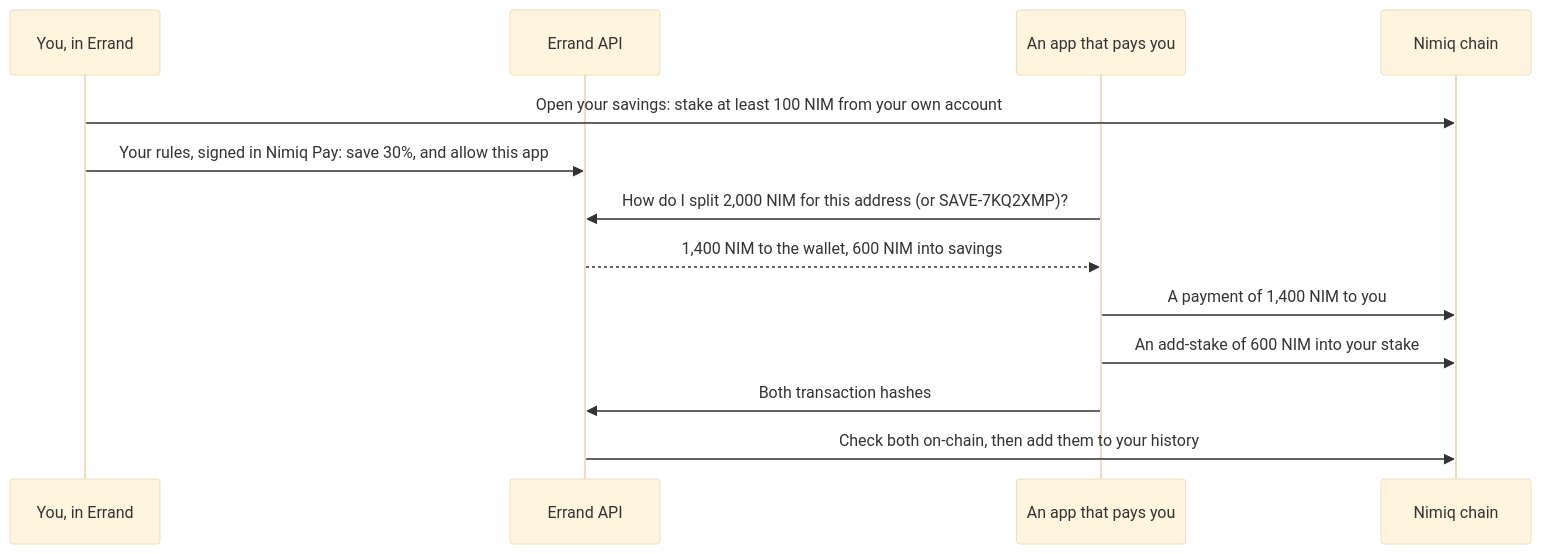
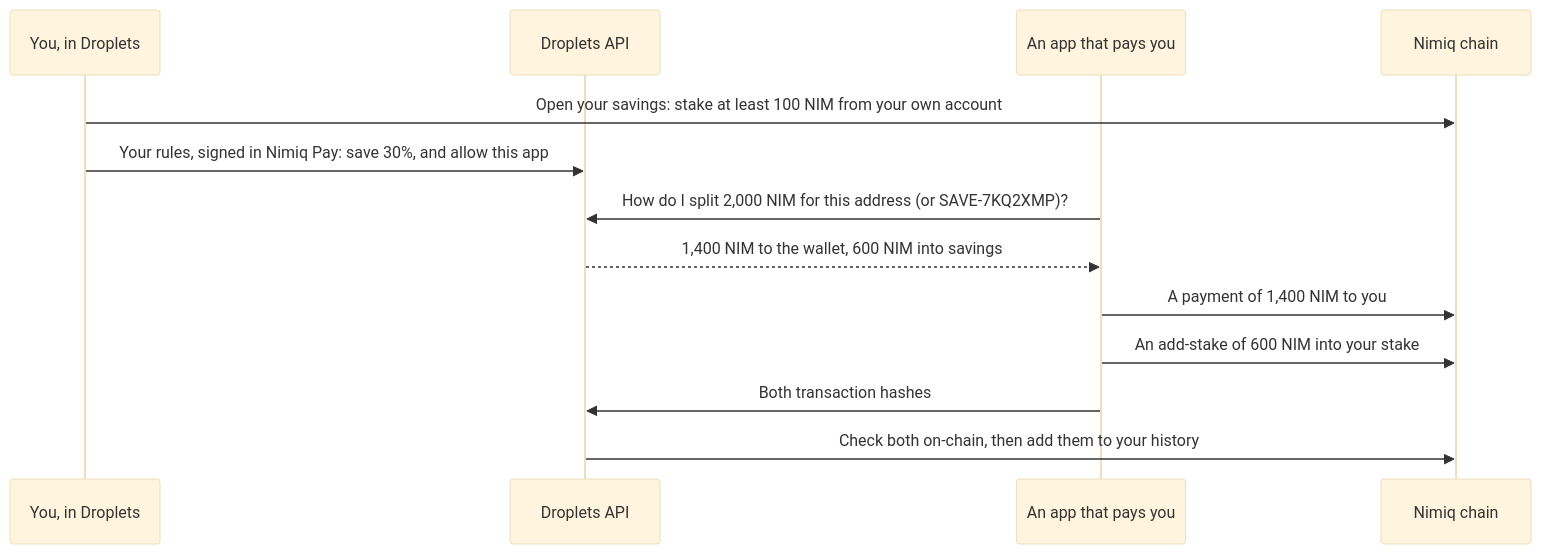
The diagram in README.md (ETIM-PAUL/droplets), drawn with Mermaid (base theme) before and after one commit. The commit also changed other lines of this file and 52 other files, not shown here.

````diff
--- a/README.md
+++ b/README.md
@@ -52,15 +54,15 @@
 ```mermaid
 sequenceDiagram
-    participant U as You, in Errand
-    participant E as Errand API
+    participant U as You, in Droplets
+    participant E as Droplets API
     participant A as An app that pays you
     participant C as Nimiq chain
     U->>C: Open your savings: stake at least 100 NIM from your own account
     U->>E: Your rules, signed in Nimiq Pay: save 30%, and allow this app
     A->>E: How do I split 2,000 NIM for this address (or SAVE-7KQ2XMP)?
     E-->>A: 1,400 NIM to the wallet, 600 NIM into savings
     A->>C: A payment of 1,400 NIM to you
     A->>C: An add-stake of 600 NIM into your stake
     A->>E: Both transaction hashes
     E->>C: Check both on-chain, then add them to your history
 ```
````
